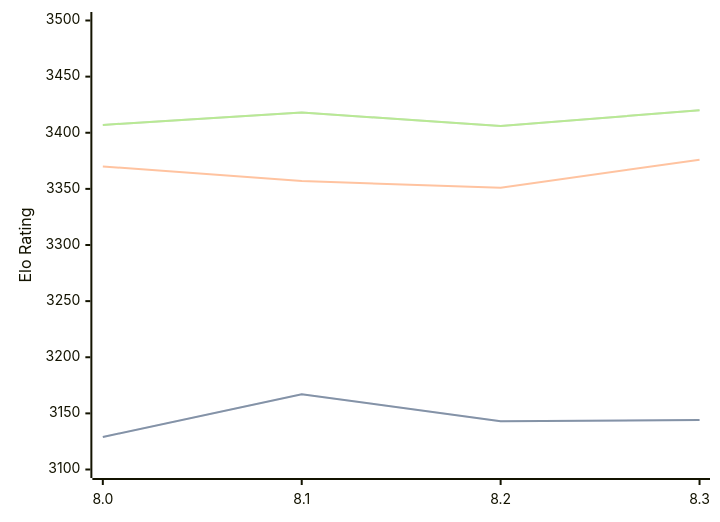
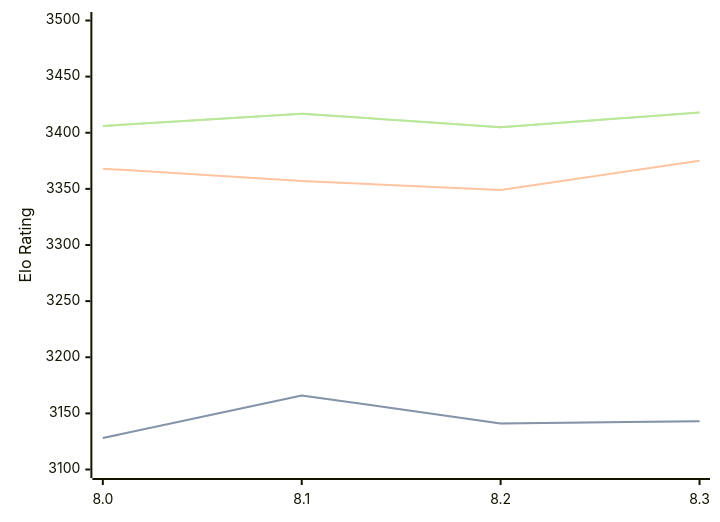
Before and after one commit to computer-chess-index/cci: the first of 3 diagrams in engines/Alexander.md, drawn with Mermaid. The commit also changed other lines of this file, not shown here.

Commit message:
Update CCI Ratings (ELO VLTC) - 2026-07-15

````diff
--- a/engines/Alexander.md
+++ b/engines/Alexander.md
@@ -48,11 +48,11 @@
 ```mermaid
 %%{init: {"theme":"base","themeVariables":{"seriesColors:['#a3a3a3','#222221','#faa371']}}}%%
 xychart-beta
   x-axis ["8.0", "8.1", "8.2", "8.3"]
   y-axis "Elo Rating" 3100 --> 3500
-  line "STC (8.0+0.08s)" [3129, 3167, 3143, 3144]
-  line "STC (8.0+0.08s)" [3129, 3167, 3143, 3144]
-  line "LTC (60.0+0.60s)" [3370, 3357, 3351, 3376]
-  line "VLTC (2m24s+1.12s)" [3407, 3418, 3406, 3420]
-  line "VLTC (2m24s+1.12s)" [3407, 3418, 3406, 3420]
+  line "STC (8.0+0.08s)" [3128, 3166, 3141, 3143]
+  line "STC (8.0+0.08s)" [3128, 3166, 3141, 3143]
+  line "LTC (60.0+0.60s)" [3368, 3357, 3349, 3375]
+  line "VLTC (2m24s+1.12s)" [3406, 3417, 3405, 3418]
+  line "VLTC (2m24s+1.12s)" [3406, 3417, 3405, 3418]
 ```
````
